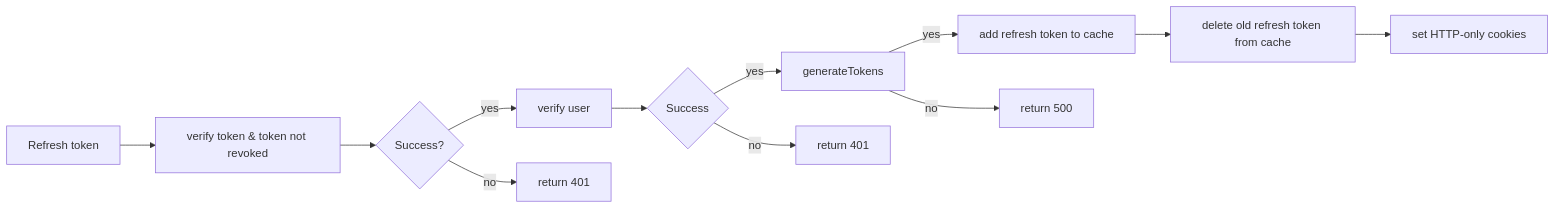
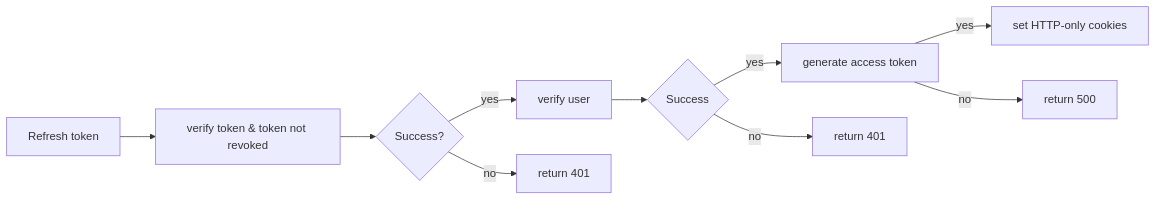
Before and after one commit to CDLUC3/dmsp_backend_prototype: the fourth of 5 diagrams in README.md, drawn with Mermaid. The commit also changed other lines of this file, not shown here.

````diff
--- a/README.md
+++ b/README.md
@@ -117,14 +117,12 @@
 ```mermaid
 flowchart LR;
   a[Refresh token]-->b[verify token & token not revoked];
   b-->c{Success?};
   c-->|yes| d[verify user]
   c-->|no| e[return 401]
   d-->f{Success}
-  f-->|yes| g[generateTokens]
+  f-->|yes| g[generate access token]
   f-->|no| h[return 401]
-  g-->|yes| i[add refresh token to cache]
-  i-->j[delete old refresh token from cache]
-  j-->k[set HTTP-only cookies]
-  g-->|no| l[return 500]
+  g-->|yes| i[set HTTP-only cookies]
+  g-->|no| j[return 500]
 ```
````
